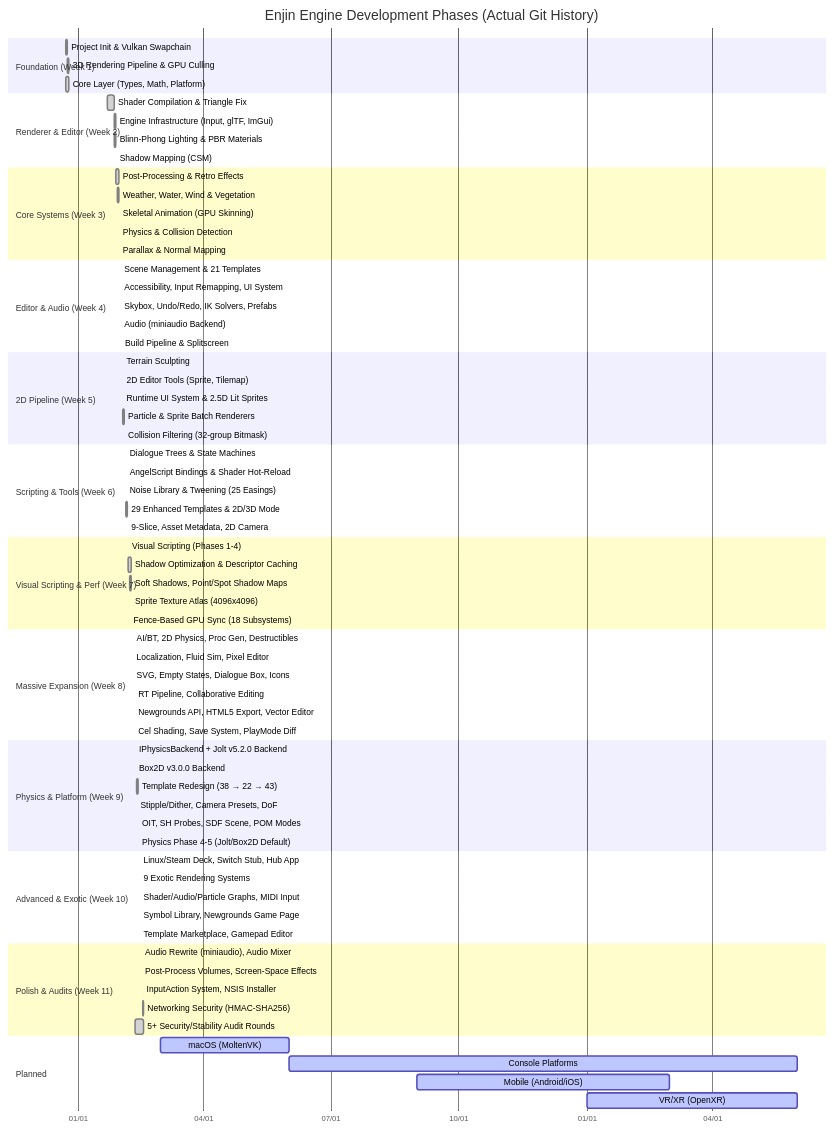
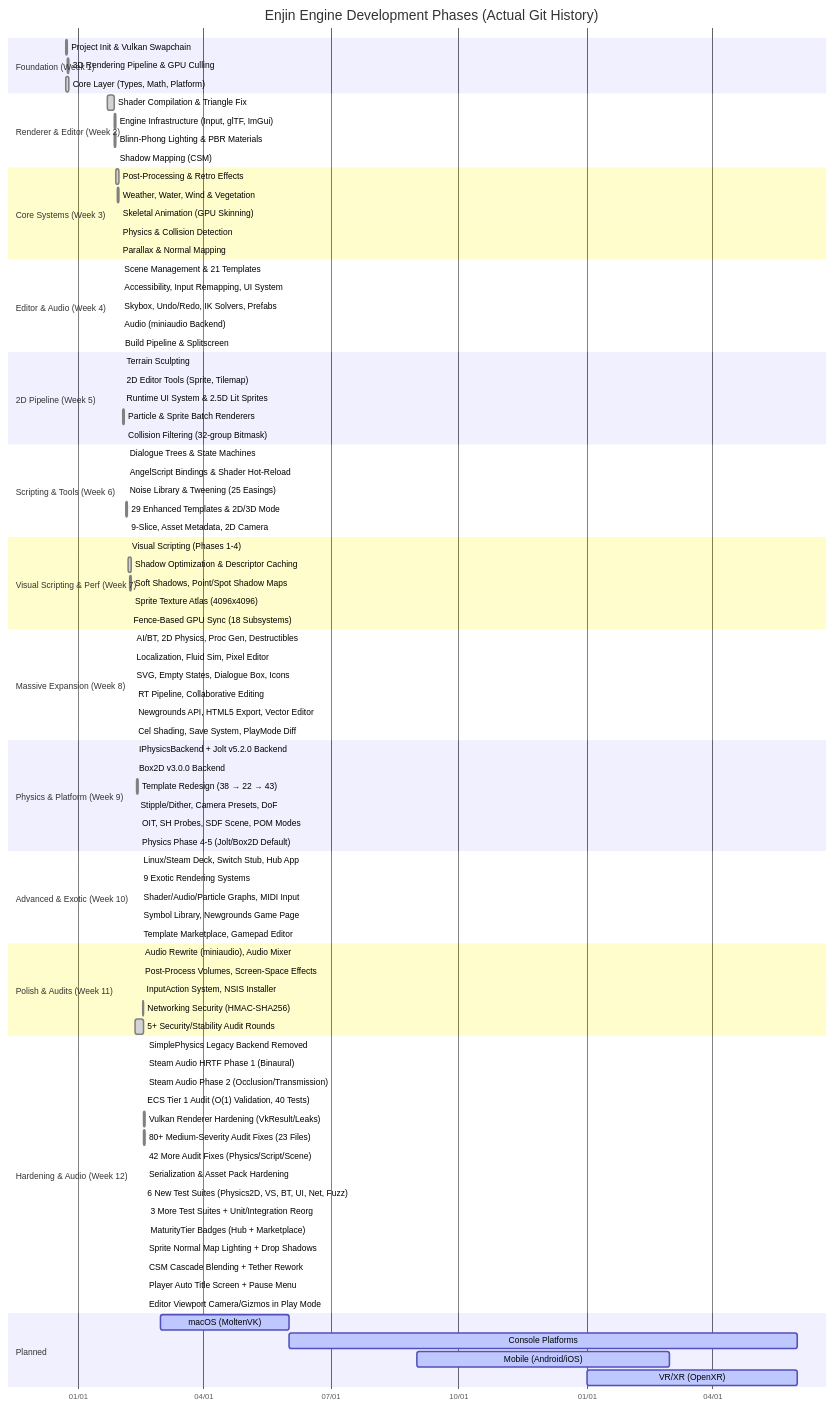
Before and after one commit to MartyChouette/TEGE: the second of 5 diagrams in docs/ENGINE_ANALYSIS.md, drawn with Mermaid. The commit also changed other lines of this file and 1 other file, not shown here.

First line of the commit message:
Update dev journal and engine analysis with test coverage progress

```diff
--- a/docs/ENGINE_ANALYSIS.md
+++ b/docs/ENGINE_ANALYSIS.md
@@ -499,6 +505,23 @@
     Networking Security (HMAC-SHA256)           :done, q4, 2026-02-16, 2026-02-17
     5+ Security/Stability Audit Rounds          :done, q5, 2026-02-11, 2026-02-17
 
+    section Hardening & Audio (Week 12)
+    SimplePhysics Legacy Backend Removed        :done, h1, 2026-02-18, 2026-02-18
+    Steam Audio HRTF Phase 1 (Binaural)         :done, h2, 2026-02-18, 2026-02-18
+    Steam Audio Phase 2 (Occlusion/Transmission):done, h3, 2026-02-18, 2026-02-18
+    ECS Tier 1 Audit (O(1) Validation, 40 Tests):done, h4, 2026-02-17, 2026-02-17
+    Vulkan Renderer Hardening (VkResult/Leaks)  :done, h5, 2026-02-17, 2026-02-18
+    80+ Medium-Severity Audit Fixes (23 Files)  :done, h6, 2026-02-17, 2026-02-18
+    42 More Audit Fixes (Physics/Script/Scene)  :done, h7, 2026-02-18, 2026-02-18
+    Serialization & Asset Pack Hardening        :done, h8, 2026-02-18, 2026-02-18
+    6 New Test Suites (Physics2D, VS, BT, UI, Net, Fuzz) :done, h9, 2026-02-17, 2026-02-17
+    3 More Test Suites + Unit/Integration Reorg :done, h10, 2026-02-19, 2026-02-19
+    MaturityTier Badges (Hub + Marketplace)     :done, h11, 2026-02-19, 2026-02-19
+    Sprite Normal Map Lighting + Drop Shadows   :done, h12, 2026-02-18, 2026-02-18
+    CSM Cascade Blending + Tether Rework        :done, h13, 2026-02-18, 2026-02-18
+    Player Auto Title Screen + Pause Menu       :done, h14, 2026-02-18, 2026-02-18
+    Editor Viewport Camera/Gizmos in Play Mode  :done, h15, 2026-02-18, 2026-02-18
+
     section Planned
     macOS (MoltenVK)                            :active, pl1, 2026-03-01, 2026-06-01
     Console Platforms                           :active, pl2, 2026-06-01, 2027-06-01
```
